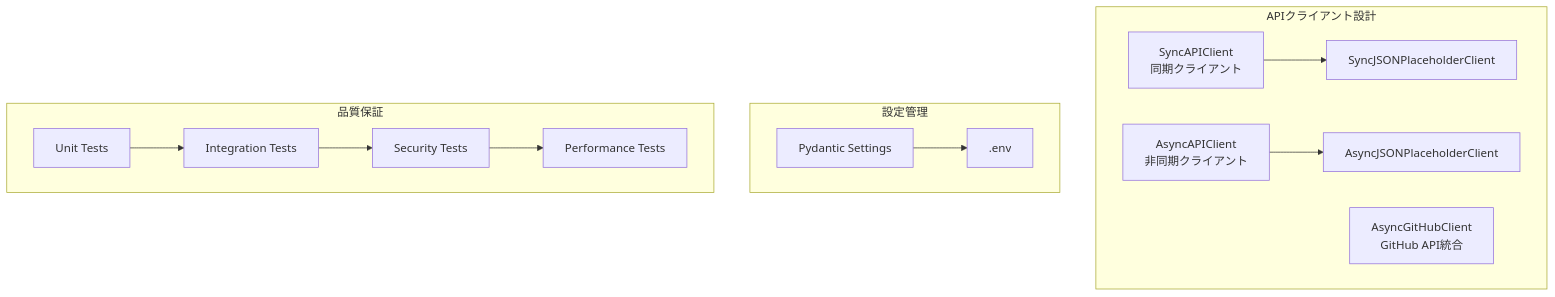
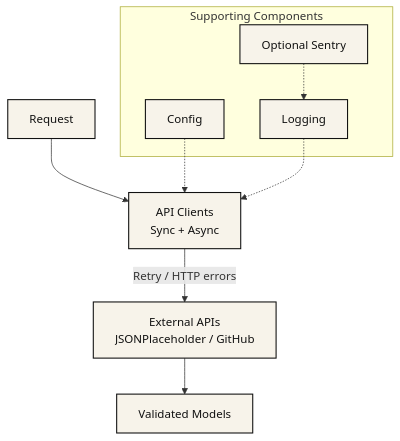
The first of 4 diagrams in README.md (yaoki-dev/api-test-devops-portfolio), drawn with Mermaid before and after one commit. The commit also changed other lines of this file and 8 other files, not shown here.

````diff
--- a/README.md
+++ b/README.md
@@ -115,20 +55,18 @@
 ```mermaid
 graph TB
-    subgraph "APIクライアント設計"
-        SC[SyncAPIClient<br/>同期クライアント]
-        SC --> JP[SyncJSONPlaceholderClient]
-        AC[AsyncAPIClient<br/>非同期クライアント]
-        AC --> AJP[AsyncJSONPlaceholderClient]
-        AGC[AsyncGitHubClient<br/>GitHub API統合]
+    R[Request] --> AC[API Clients<br/>Sync + Async]
+    AC -- "Retry / HTTP errors" --> EA[External APIs<br/>JSONPlaceholder / GitHub]
+    EA --> VM[Validated Models]
+
+    subgraph "Supporting Components"
+        CFG[Config]
+        LOG[Logging]
+        SEN[Optional Sentry]
     end
 
-    subgraph "設定管理"
-        PS[Pydantic Settings] --> ENV[.env]
-    end
+    CFG -.-> AC
+    LOG -.-> AC
+    SEN -.-> LOG
 
-    subgraph "品質保証"
-        UT[Unit Tests] --> IT[Integration Tests]
-        IT --> SEC[Security Tests]
-        SEC --> PERF[Performance Tests]
-    end
+    classDef default fill:#F7F3EA,stroke:#111,stroke-width:1.5px,color:#111;
 ```
````
